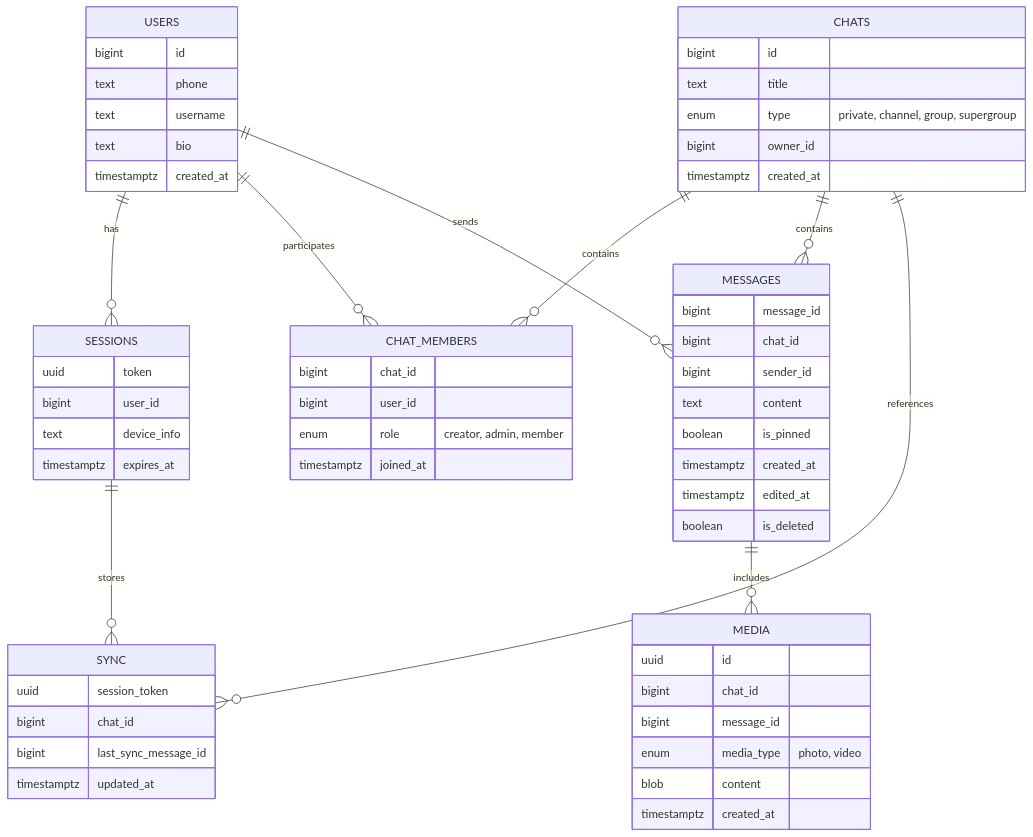
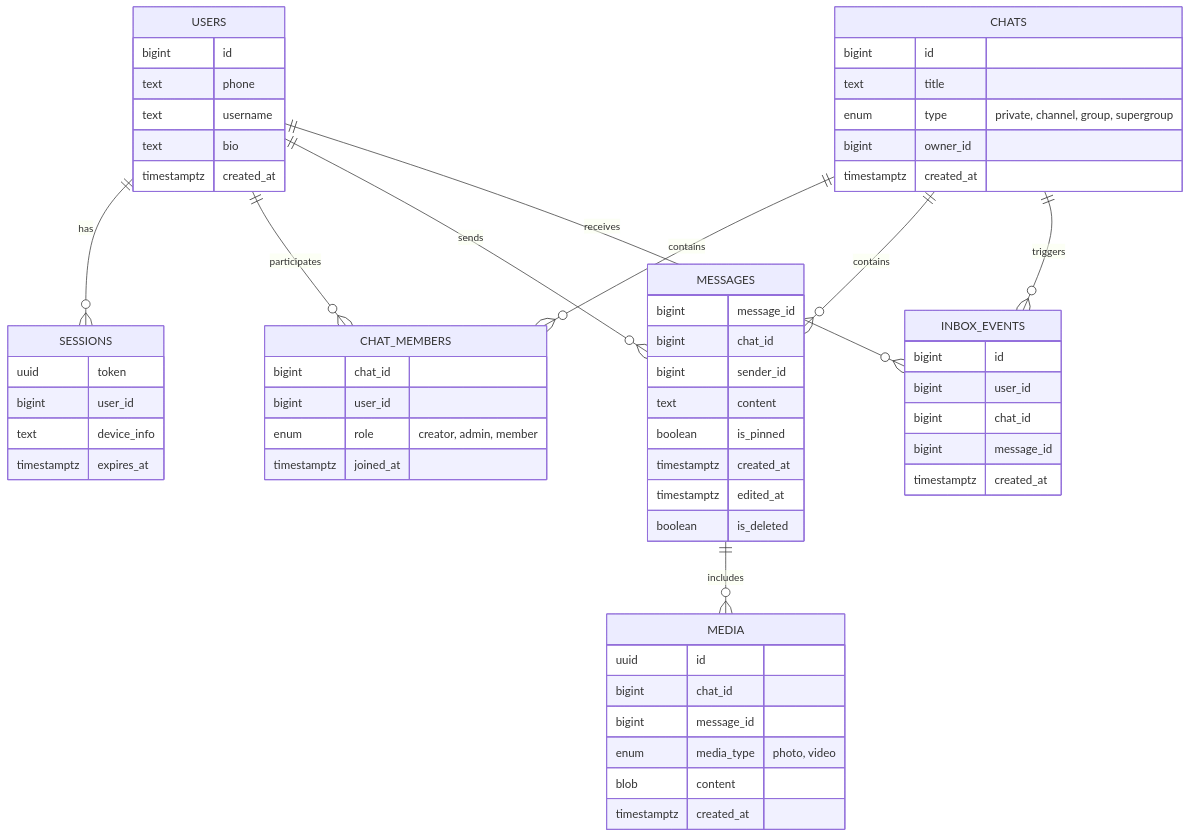
Before and after one commit to Liza05444/VK_Education_Highload: the first of 2 diagrams in README.md, drawn with Mermaid. The commit also changed other lines of this file, not shown here.

````diff
--- a/README.md
+++ b/README.md
@@ -252,68 +252,69 @@
 ```mermaid
 erDiagram
     USERS {
         bigint id
         text phone
         text username
         text bio
         timestamptz created_at
     }
 
     SESSIONS {
         uuid token
         bigint user_id
         text device_info
         timestamptz expires_at
     }
 
     CHATS {
         bigint id
         text title
         enum type "private, channel, group, supergroup"
         bigint owner_id
         timestamptz created_at
     }
 
     CHAT_MEMBERS {
         bigint chat_id
         bigint user_id
         enum role "creator, admin, member"
         timestamptz joined_at
     }
 
     MESSAGES {
         bigint message_id
         bigint chat_id
         bigint sender_id
         text content
         boolean is_pinned
         timestamptz created_at
         timestamptz edited_at
         boolean is_deleted
     }
 
-    SYNC {
-        uuid session_token
+    INBOX_EVENTS {
+        bigint id
+        bigint user_id
         bigint chat_id
-        bigint last_sync_message_id
-        timestamptz updated_at
+        bigint message_id
+        timestamptz created_at
     }
 
     MEDIA {
         uuid id
         bigint chat_id
         bigint message_id
         enum media_type "photo, video"
         blob content
         timestamptz created_at
     }
 
     USERS ||--o{ SESSIONS : has
     USERS ||--o{ CHAT_MEMBERS : participates
     CHATS ||--o{ CHAT_MEMBERS : contains
     CHATS ||--o{ MESSAGES : contains
     USERS ||--o{ MESSAGES : sends
     MESSAGES ||--o{ MEDIA : includes
-    SESSIONS ||--o{ SYNC : stores
-    CHATS ||--o{ SYNC : references
+    USERS ||--o{ INBOX_EVENTS : receives
+    CHATS ||--o{ INBOX_EVENTS : triggers
 ```
````
